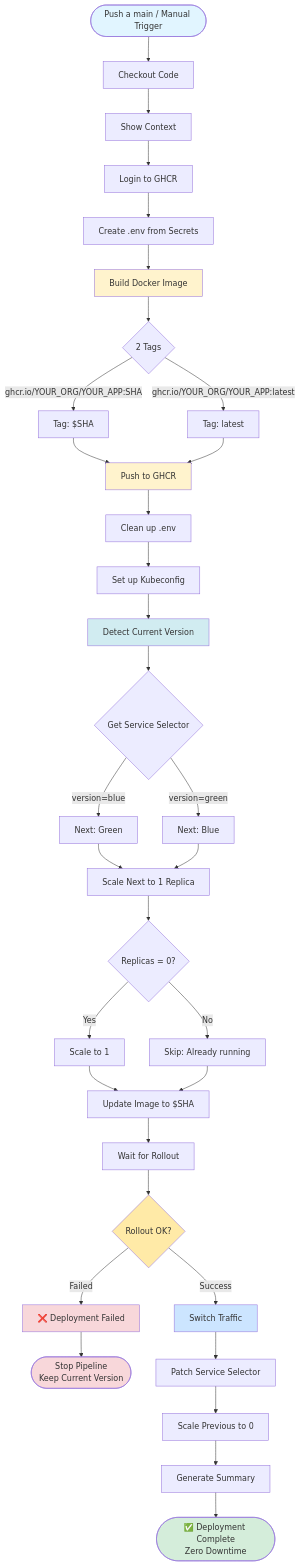
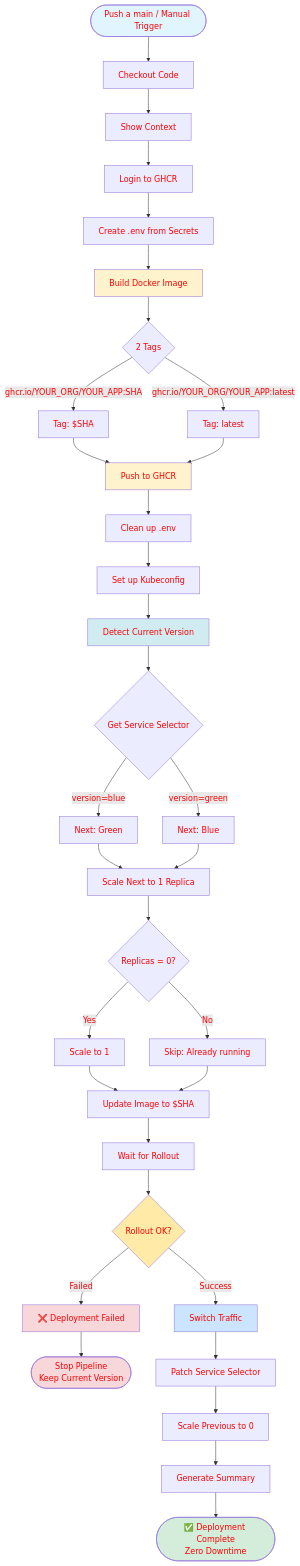
One commit to 4h1g4L0w4/4h1g4L0w4.github.io changed the eighth of 26 diagrams in _posts/2025-10-31-Blue-Green-Deployments.md. Above: the diagram before and after it, drawn with Mermaid. The commit also changed other lines of this file, not shown here.

Commit message:
Change text color

````diff
--- a/_posts/2025-10-31-Blue-Green-Deployments.md
+++ b/_posts/2025-10-31-Blue-Green-Deployments.md
@@ -375,57 +376,58 @@
 ```mermaid
+%%{init: {"themeVariables": { "textColor": "#ff0000"}}}%%
 graph TD
     Start([Push a main / Manual Trigger]) --> Checkout[Checkout Code]
     Checkout --> ShowContext[Show Context]
     ShowContext --> LoginGHCR[Login to GHCR]
     LoginGHCR --> CreateEnv[Create .env from Secrets]
     CreateEnv --> BuildImage[Build Docker Image]
     
     BuildImage --> BuildDetails{2 Tags}
     BuildDetails -->|ghcr.io/YOUR_ORG/YOUR_APP:SHA| Tag1[Tag: $SHA]
     BuildDetails -->|ghcr.io/YOUR_ORG/YOUR_APP:latest| Tag2[Tag: latest]
     
     Tag1 --> PushImage
     Tag2 --> PushImage[Push to GHCR]
     
     PushImage --> CleanEnv[Clean up .env]
     CleanEnv --> SetupKubeconfig[Set up Kubeconfig]
     
     SetupKubeconfig --> DetectVersion[Detect Current Version]
     DetectVersion --> VersionLogic{Get Service Selector}
     
     VersionLogic -->|version=blue| NextGreen[Next: Green]
     VersionLogic -->|version=green| NextBlue[Next: Blue]
     
     NextGreen --> ScaleNext
     NextBlue --> ScaleNext[Scale Next to 1 Replica]
     
     ScaleNext --> CheckReplicas{Replicas = 0?}
     CheckReplicas -->|Yes| ScaleUp[Scale to 1]
     CheckReplicas -->|No| SkipScale[Skip: Already running]
     
     ScaleUp --> UpdateImage
     SkipScale --> UpdateImage[Update Image to $SHA]
     
     UpdateImage --> WaitRollout[Wait for Rollout]
     WaitRollout --> RolloutCheck{Rollout OK?}
     
     RolloutCheck -->|Success| SwitchTraffic[Switch Traffic]
     RolloutCheck -->|Failed| Error[❌ Deployment Failed]
     Error --> StopPipeline([Stop Pipeline<br/>Keep Current Version])
     
     SwitchTraffic --> PatchService[Patch Service Selector]
     PatchService --> ScalePrevious[Scale Previous to 0]
     
     ScalePrevious --> GenerateSummary[Generate Summary]
     GenerateSummary --> Success([✅ Deployment Complete<br/>Zero Downtime])
     
     style Start fill:#e1f5ff
     style Success fill:#d4edda
     style Error fill:#f8d7da
     style StopPipeline fill:#f8d7da
     style BuildImage fill:#fff3cd
     style PushImage fill:#fff3cd
     style SwitchTraffic fill:#cce5ff
     style DetectVersion fill:#d1ecf1
     style RolloutCheck fill:#ffeaa7
 ```
````
